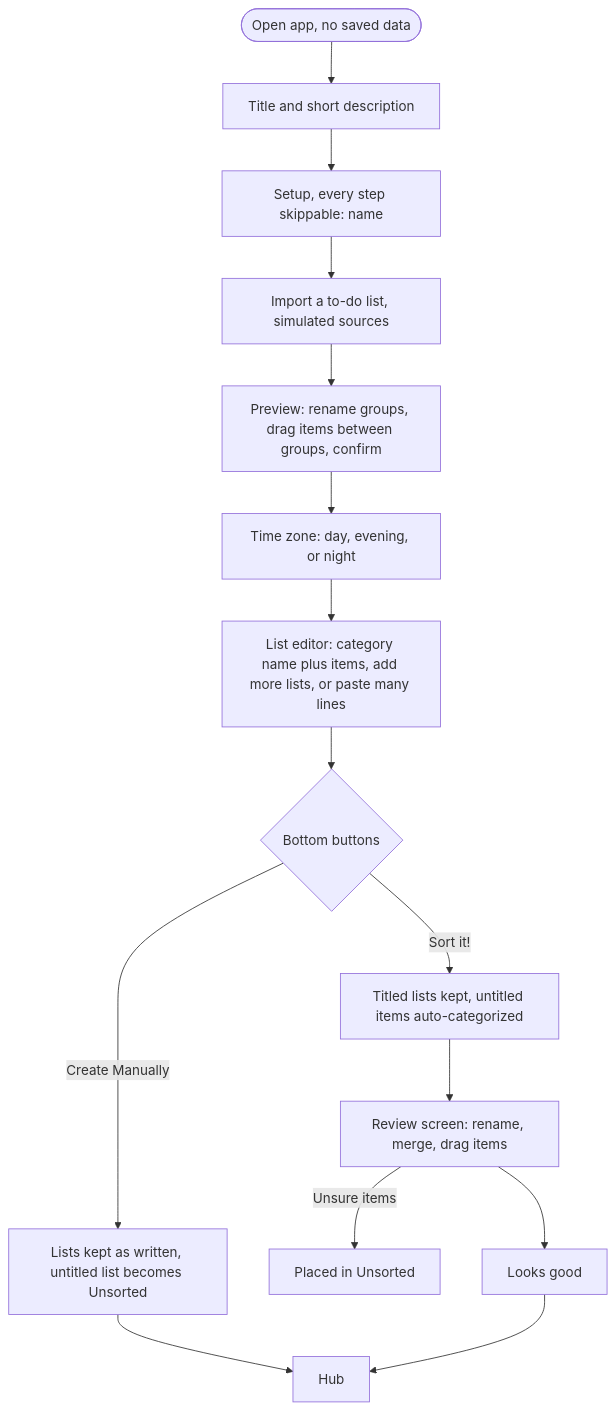
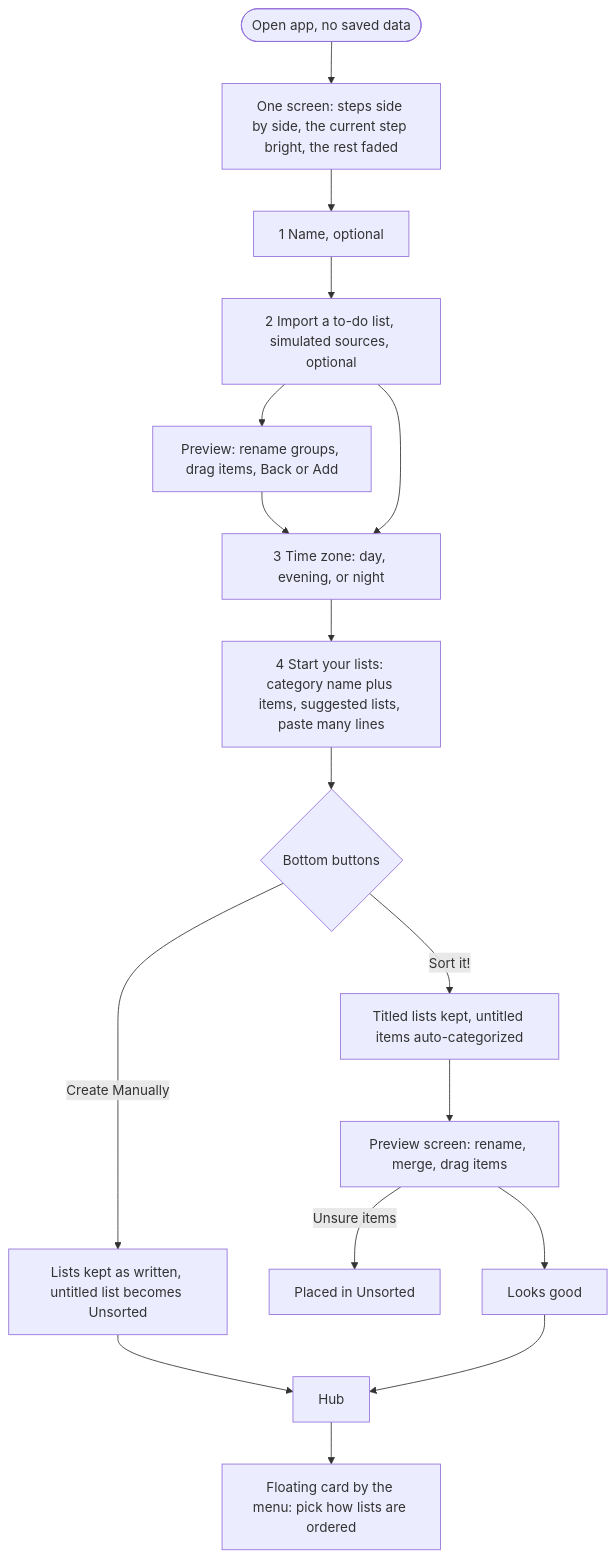
Before and after one commit to Cat-a-rina/dont-forget: the first of 3 diagrams in README.md, drawn with Mermaid. The commit also changed other lines of this file and 20 other files, not shown here.

````diff
--- a/README.md
+++ b/README.md
@@ -12,18 +12,19 @@
 ```mermaid
 flowchart TD
-    A([Open app, no saved data]) --> B[Title and short description]
-    B --> C[Setup, every step skippable: name]
-    C --> D[Import a to-do list, simulated sources]
-    D --> D2[Preview: rename groups, drag items between groups, confirm]
-    D2 --> E
-    E[Time zone: day, evening, or night]
-    E --> F[List editor: category name plus items, add more lists, or paste many lines]
+    A([Open app, no saved data]) --> B[One screen: steps side by side, the current step bright, the rest faded]
+    B --> C[1 Name, optional]
+    C --> D[2 Import a to-do list, simulated sources, optional]
+    D --> D2[Preview: rename groups, drag items, Back or Add]
+    D2 --> E[3 Time zone: day, evening, or night]
+    D --> E
+    E --> F[4 Start your lists: category name plus items, suggested lists, paste many lines]
     F --> G{Bottom buttons}
     G -->|Create Manually| H[Lists kept as written, untitled list becomes Unsorted]
     G -->|Sort it!| I[Titled lists kept, untitled items auto-categorized]
-    I --> J[Review screen: rename, merge, drag items]
+    I --> J[Preview screen: rename, merge, drag items]
     J -->|Unsure items| K[Placed in Unsorted]
     J --> L[Looks good]
     H --> M[Hub]
     L --> M
+    M --> N[Floating card by the menu: pick how lists are ordered]
 ```
````
